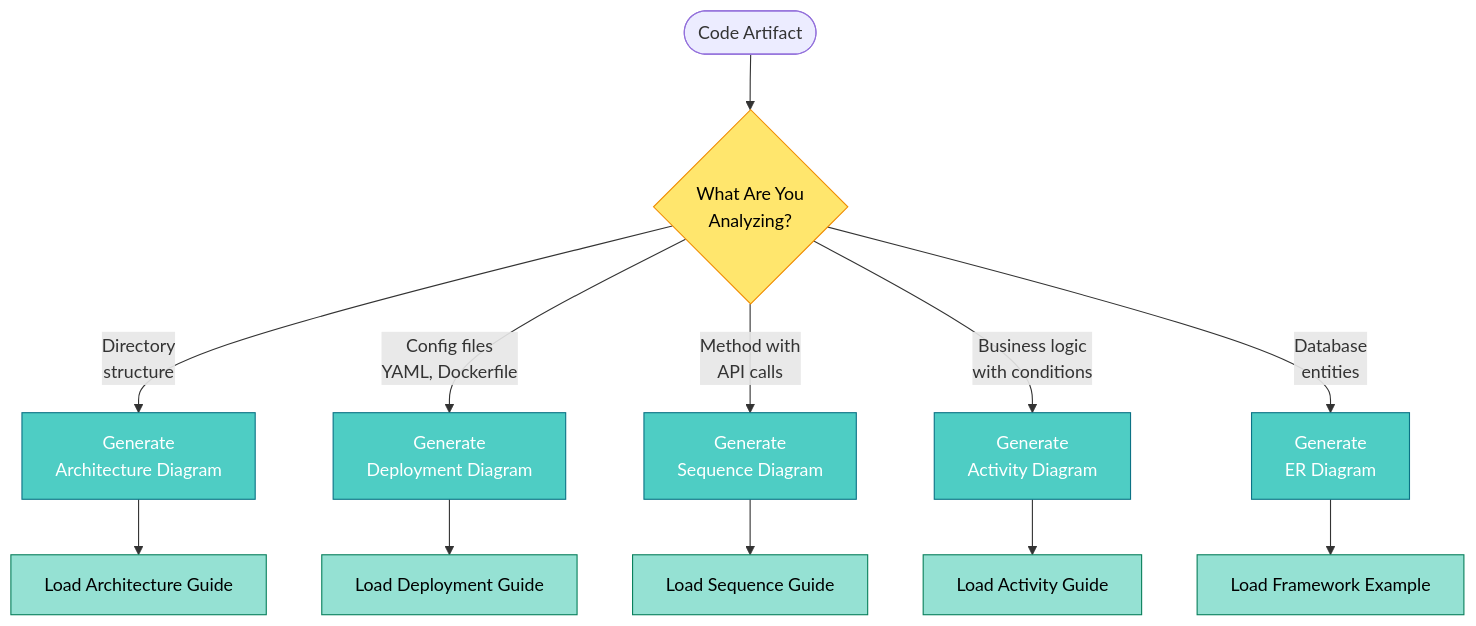
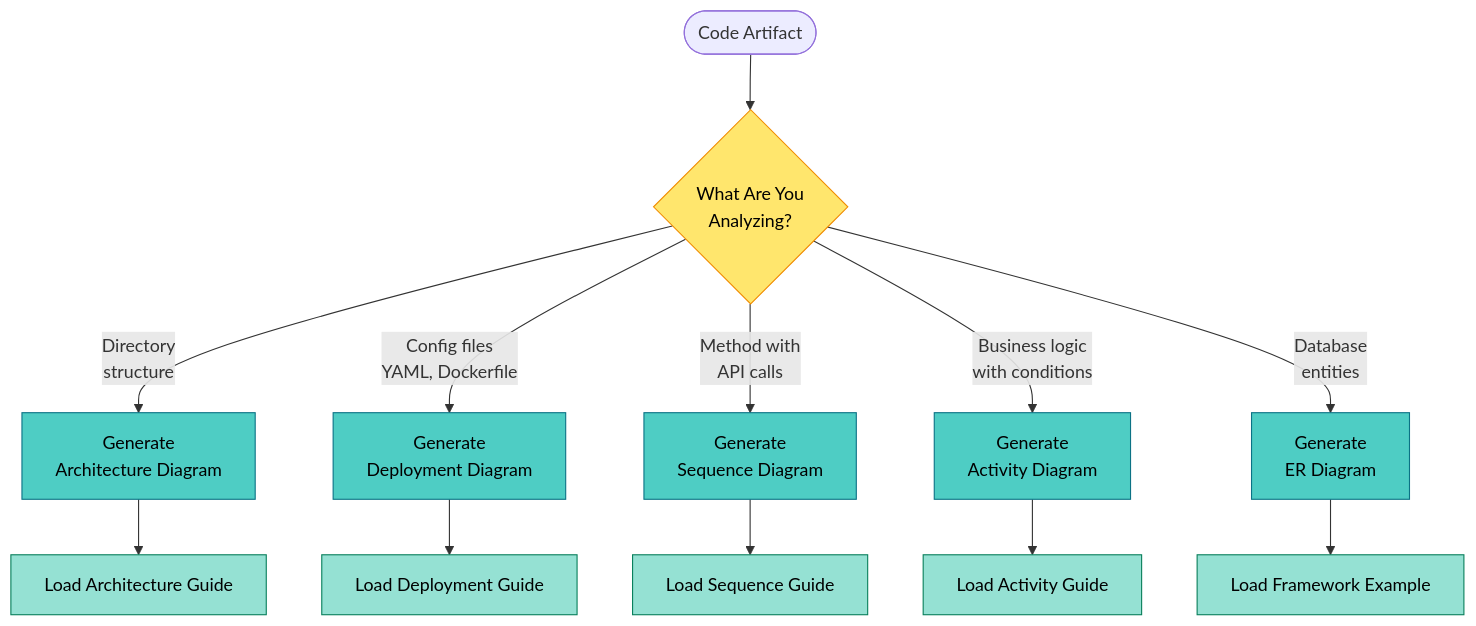
Before and after one commit to wienans/example-repo: the eighth of 15 diagrams in .agents/skills/mermaid-architect/references/guides/code-to-diagram/README.md, drawn with Mermaid. The commit also changed other lines of this file and 58 other files, not shown here.

First line of the commit message:
feat(skills): merge mastery-of-mermaid into mermaid-architect

````diff
--- a/.agents/skills/mermaid-architect/references/guides/code-to-diagram/README.md
+++ b/.agents/skills/mermaid-architect/references/guides/code-to-diagram/README.md
@@ -562,24 +562,24 @@
 ```mermaid
 graph TD
     Start([Code Artifact]) --> Type{What Are You<br/>Analyzing?}
 
     Type -->|Directory<br/>structure| Arch[Generate<br/>Architecture Diagram]
     Type -->|Config files<br/>YAML, Dockerfile| Deploy[Generate<br/>Deployment Diagram]
     Type -->|Method with<br/>API calls| Seq[Generate<br/>Sequence Diagram]
     Type -->|Business logic<br/>with conditions| Act[Generate<br/>Activity Diagram]
     Type -->|Database<br/>entities| ER[Generate<br/>ER Diagram]
 
     Arch --> LoadArch[Load Architecture Guide]
     Deploy --> LoadDeploy[Load Deployment Guide]
     Seq --> LoadSeq[Load Sequence Guide]
     Act --> LoadAct[Load Activity Guide]
     ER --> LoadFramework[Load Framework Example]
 
     classDef decision fill:#FFE66D,stroke:#F08C00,color:#000
-    classDef diagram fill:#4ECDC4,stroke:#0B7285,color:#fff
+    classDef diagram fill:#4ECDC4,stroke:#0B7285,color:#000
     classDef guide fill:#95E1D3,stroke:#087F5B,color:#000
 
     class Type decision
     class Arch,Deploy,Seq,Act,ER diagram
     class LoadArch,LoadDeploy,LoadSeq,LoadAct,LoadFramework guide
 ```
````
